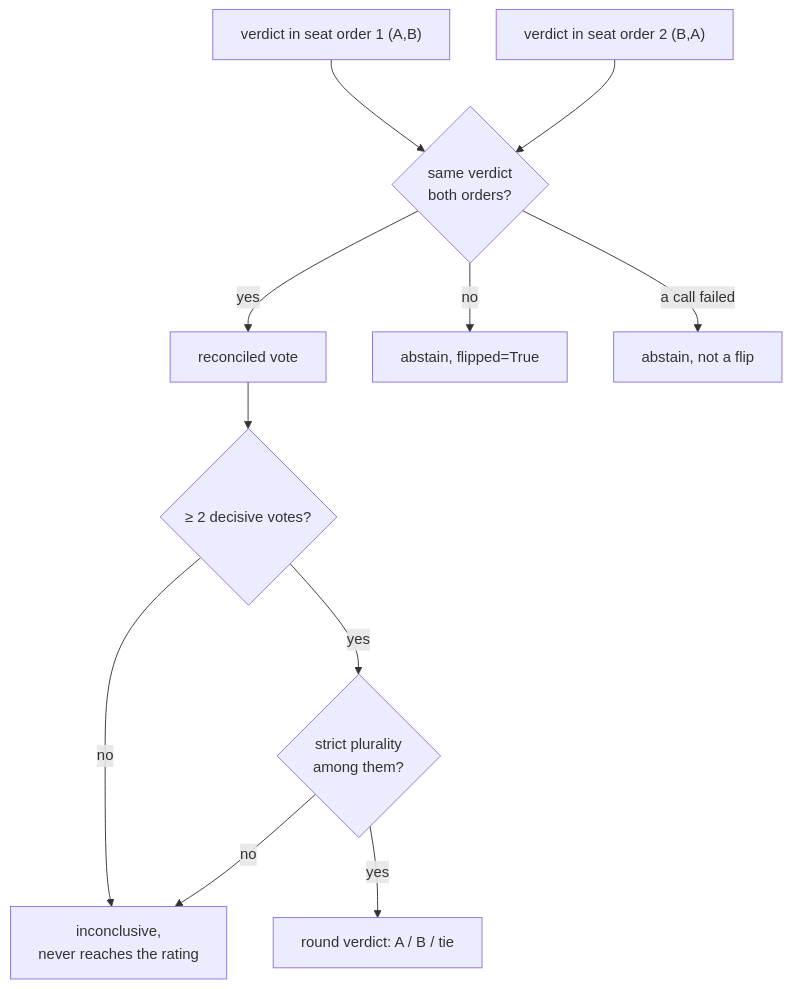
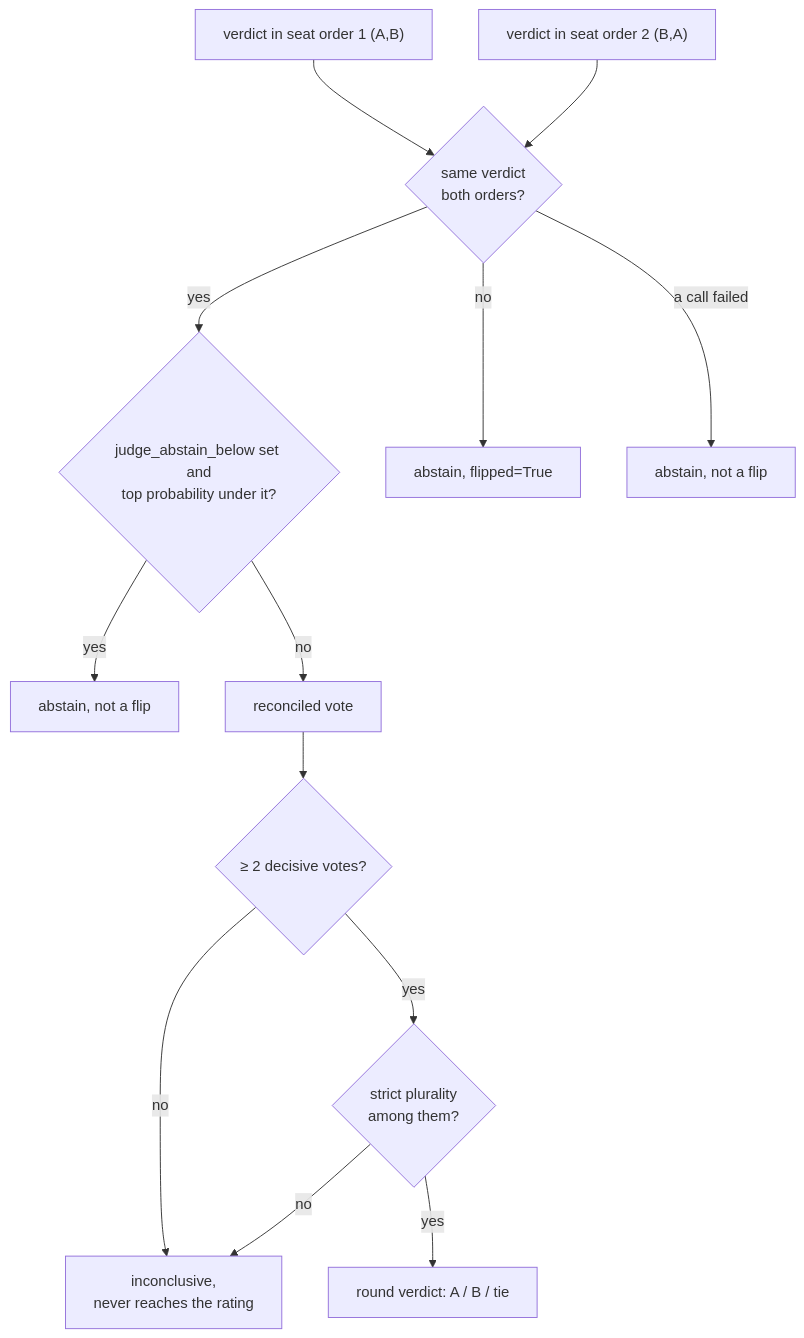
One commit to orq-ai/orq-arena changed the diagram in docs/methodology.md. Above: the diagram before and after it, drawn with Mermaid. The commit also changed other lines of this file and 15 other files, not shown here.

````diff
--- a/docs/methodology.md
+++ b/docs/methodology.md
@@ -28,13 +28,15 @@
 ```mermaid
 flowchart TD
     o1["verdict in seat order 1 (A,B)"] --> rec{"same verdict<br/>both orders?"}
     o2["verdict in seat order 2 (B,A)"] --> rec
-    rec -- yes --> vote["reconciled vote"]
+    rec -- yes --> floor{"judge_abstain_below set and<br/>top probability under it?"}
     rec -- no --> flip["abstain, flipped=True"]
     rec -- "a call failed" --> fail["abstain, not a flip"]
+    floor -- yes --> low["abstain, not a flip"]
+    floor -- no --> vote["reconciled vote"]
     vote --> quorum{"≥ 2 decisive votes?"}
     quorum -- no --> inc["inconclusive,<br/>never reaches the rating"]
     quorum -- yes --> plur{"strict plurality<br/>among them?"}
     plur -- yes --> verdict["round verdict: A / B / tie"]
     plur -- no --> inc
 ```
````
